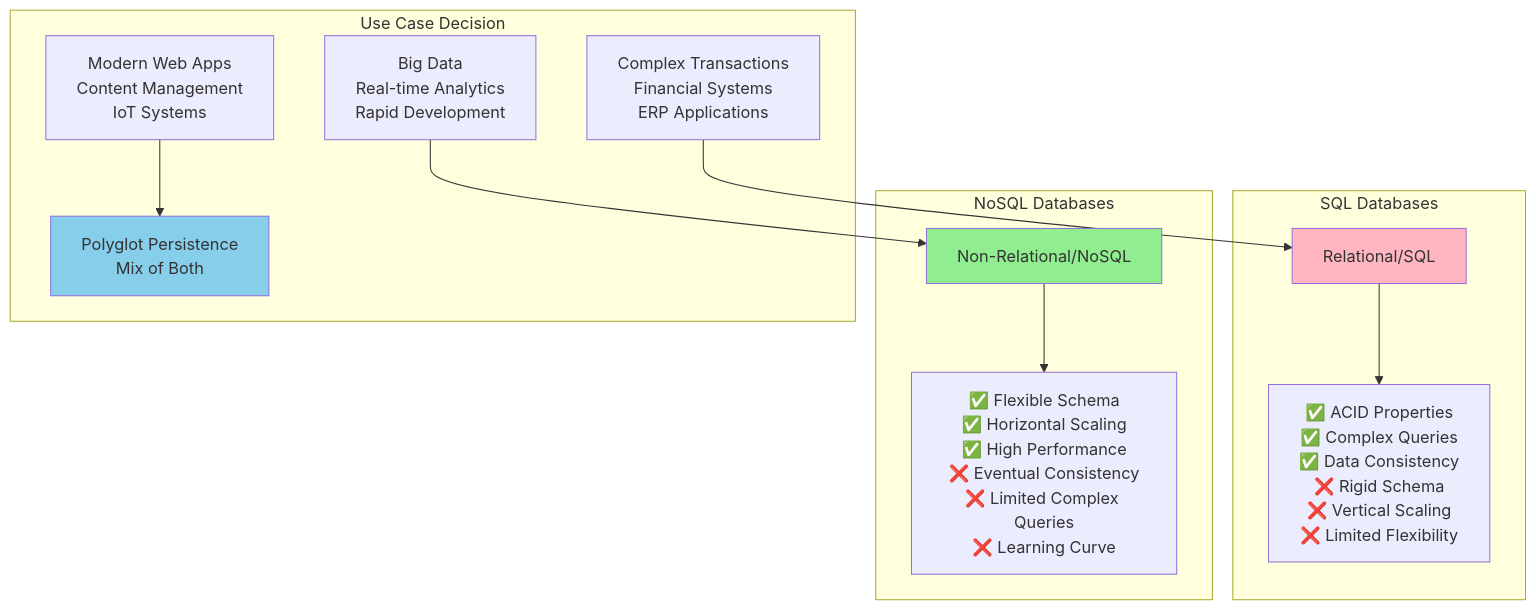
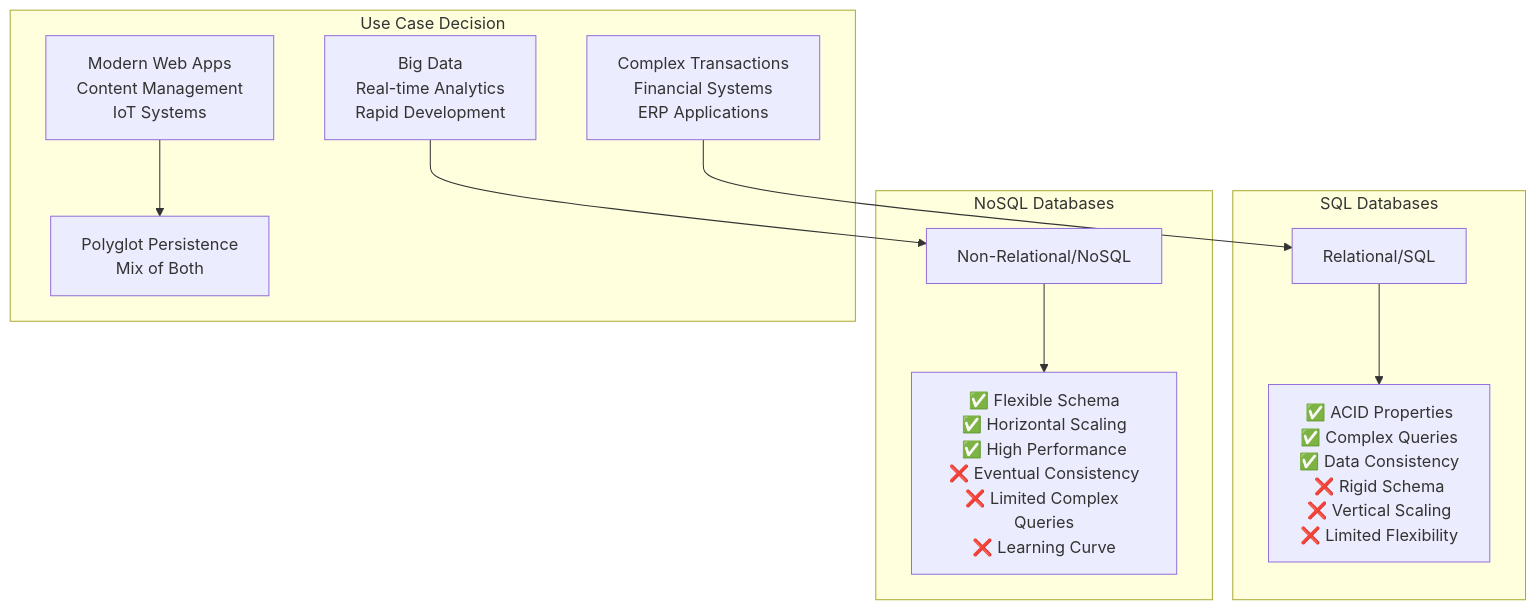
Before and after one commit to Ritahchanger/system_design: the second of 15 diagrams in databases/docs/nosql.md, drawn with Mermaid. The commit also changed other lines of this file and 5 other files, not shown here.

Commit message:
Updated visual diagrams and added readme for database case studies

````diff
--- a/databases/docs/nosql.md
+++ b/databases/docs/nosql.md
@@ -44,20 +44,18 @@
 ```mermaid
 graph TB
     subgraph "SQL Databases"
         SQL[Relational/SQL] --> SQLProps[✅ ACID Properties<br/>✅ Complex Queries<br/>✅ Data Consistency<br/>❌ Rigid Schema<br/>❌ Vertical Scaling<br/>❌ Limited Flexibility]
     end
     
     subgraph "NoSQL Databases"
         NoSQL[Non-Relational/NoSQL] --> NoSQLProps[✅ Flexible Schema<br/>✅ Horizontal Scaling<br/>✅ High Performance<br/>❌ Eventual Consistency<br/>❌ Limited Complex Queries<br/>❌ Learning Curve]
     end
     
     subgraph "Use Case Decision"
         OLTP[Complex Transactions<br/>Financial Systems<br/>ERP Applications] --> SQL
         BigData[Big Data<br/>Real-time Analytics<br/>Rapid Development] --> NoSQL
         WebApps[Modern Web Apps<br/>Content Management<br/>IoT Systems] --> Hybrid[Polyglot Persistence<br/>Mix of Both]
     end
     
-    style SQL fill:#FFB6C1
-    style NoSQL fill:#90EE90
-    style Hybrid fill:#87CEEB
+   
 ```
````
